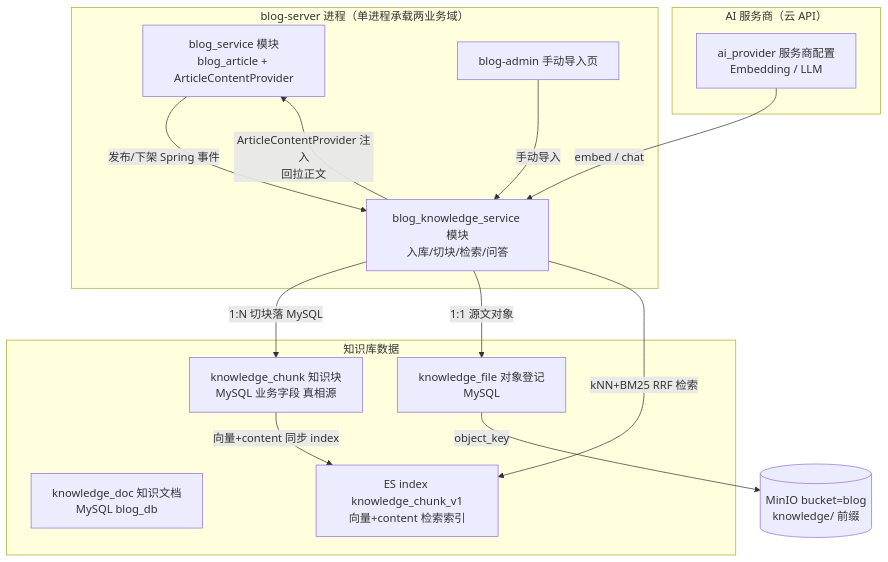
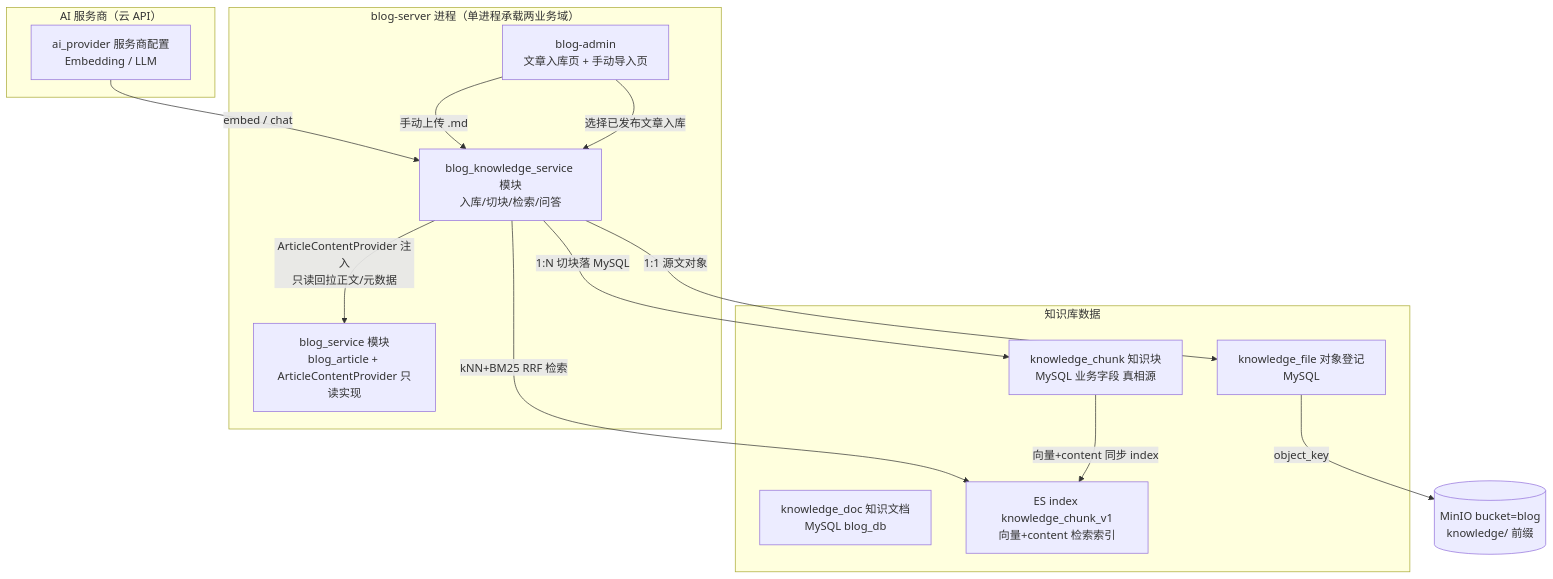
Before and after one commit to NewStudyAccount/project_ai: the diagram in docs/knowledge-base-design/knowledge-base-design.md, drawn with Mermaid. The commit also changed other lines of this file and 12 other files, not shown here.

````diff
--- a/docs/knowledge-base-design/knowledge-base-design.md
+++ b/docs/knowledge-base-design/knowledge-base-design.md
@@ -109,29 +111,29 @@
 ```mermaid
 flowchart TB
   subgraph blog [blog-server 进程（单进程承载两业务域）]
-    A[blog_service 模块<br/>blog_article + ArticleContentProvider]
+    A[blog_service 模块<br/>blog_article + ArticleContentProvider 只读实现]
     KB[blog_knowledge_service 模块<br/>入库/切块/检索/问答]
-    AD[blog-admin 手动导入页]
+    AD[blog-admin<br/>文章入库页 + 手动导入页]
   end
 
   subgraph data [知识库数据]
     DOC[knowledge_doc 知识文档<br/>MySQL blog_db]
     CHK[knowledge_chunk 知识块<br/>MySQL 业务字段 真相源]
     FILE[knowledge_file 对象登记<br/>MySQL]
     ESIDX[ES index knowledge_chunk_v1<br/>向量+content 检索索引]
   end
 
   subgraph ai [AI 服务商（云 API）]
     PROV[ai_provider 服务商配置<br/>Embedding / LLM]
   end
 
-  A -->|发布/下架 Spring 事件| KB
-  KB -->|ArticleContentProvider 注入<br/>回拉正文| A
-  AD -->|手动导入| KB
+  AD -->|选择已发布文章入库| KB
+  KB -->|ArticleContentProvider 注入<br/>只读回拉正文/元数据| A
+  AD -->|手动上传 .md| KB
   KB -->|1:N 切块落 MySQL| CHK
   KB -->|1:1 源文对象| FILE
   FILE -->|object_key| MINIO[(MinIO bucket=blog<br/>knowledge/ 前缀)]
   CHK -->|向量+content 同步 index| ESIDX
   KB -->|kNN+BM25 RRF 检索| ESIDX
   PROV -->|embed / chat| KB
 ```
````
